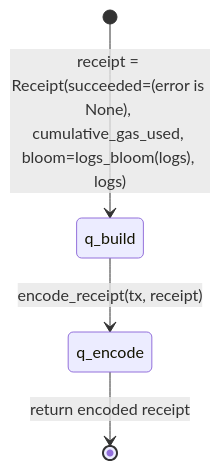
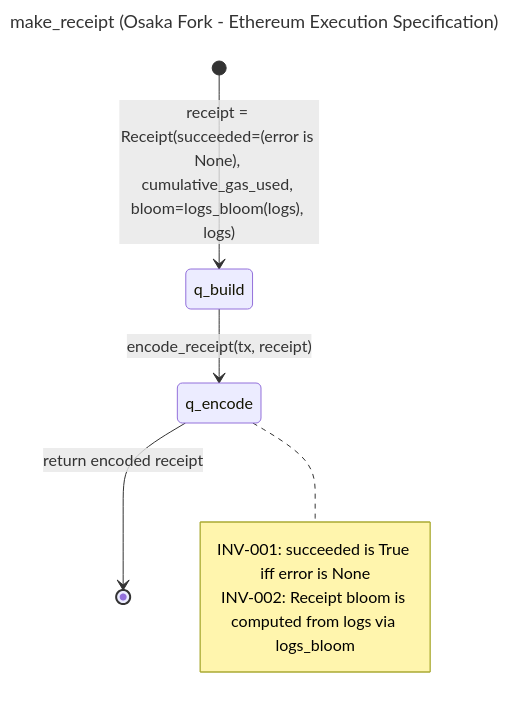
One commit to NyxFoundation/speca changed the diagram in outputs/graphs/W4B5_1770278556/osaka-fork/SG-007_make_receipt.mmd. Above: the diagram before and after it, drawn with Mermaid. The commit also changed 144 other files, not shown here.

```diff
--- a/outputs/graphs/W4B5_1770278556/osaka-fork/SG-007_make_receipt.mmd
+++ b/outputs/graphs/W4B5_1770278556/osaka-fork/SG-007_make_receipt.mmd
@@ -1,5 +1,12 @@
+---
+title: "make_receipt (Osaka Fork - Ethereum Execution Specification)"
+---
 stateDiagram-v2
     direction TB
     [*] --> q_build: receipt = Receipt(succeeded=(error is None), cumulative_gas_used, bloom=logs_bloom(logs), logs)
     q_build --> q_encode: encode_receipt(tx, receipt)
     q_encode --> [*]: return encoded receipt
+    note right of q_encode
+        INV-001: succeeded is True iff error is None
+        INV-002: Receipt bloom is computed from logs via logs_bloom
+    end note
```
